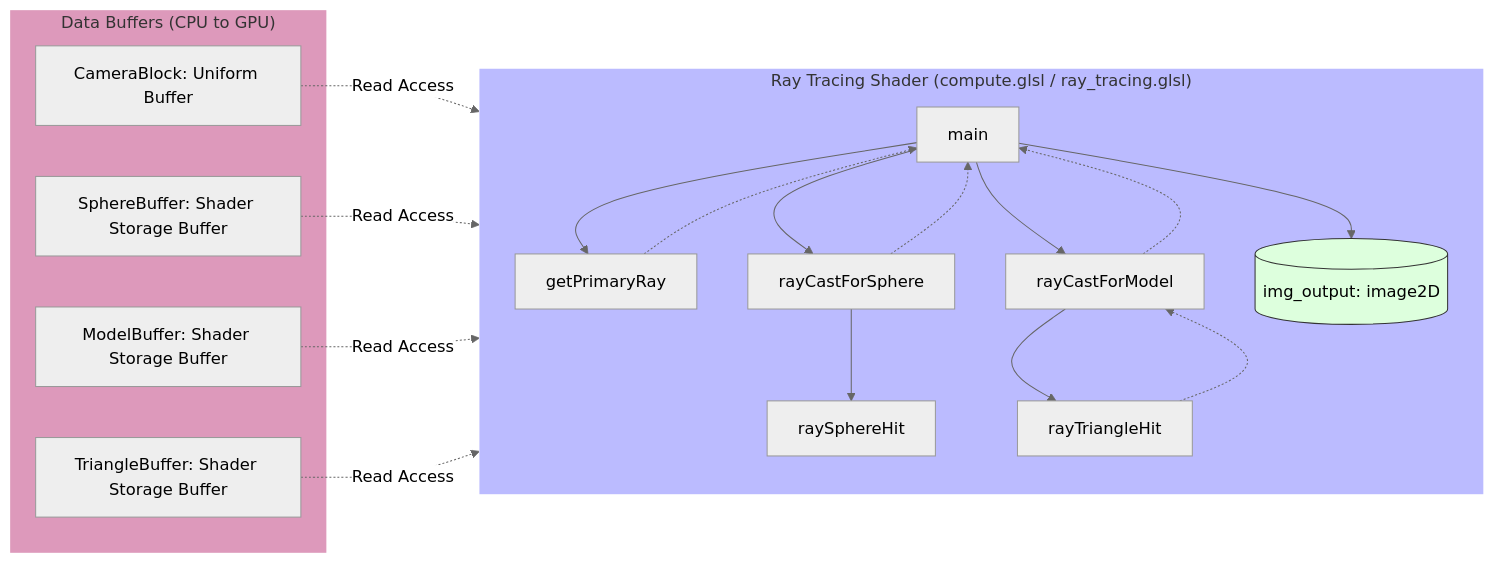
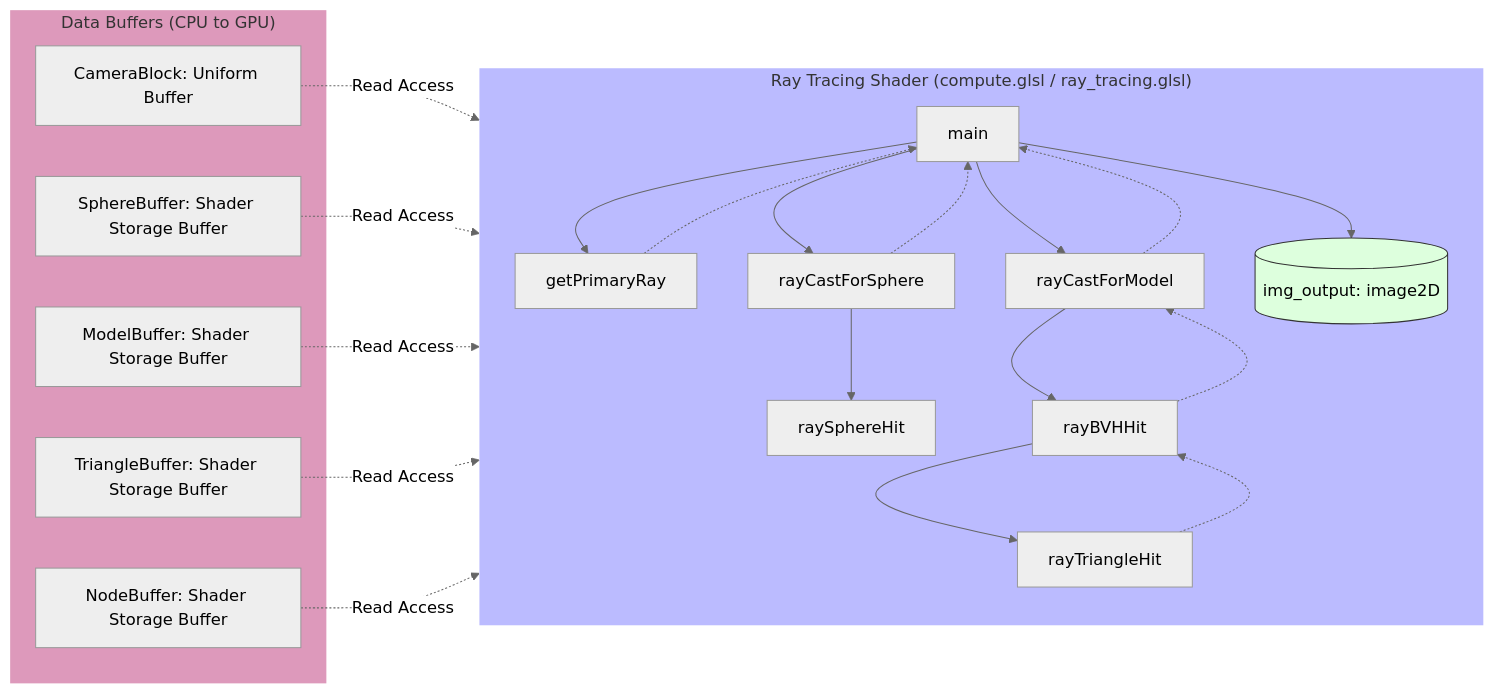
Before and after one commit to LEE-CHI-HSUAN/GL-Ray-Tracer: the fourth of 4 diagrams in doc/guide.md, drawn with Mermaid (neutral theme). The commit also changed other lines of this file and 1 other file, not shown here.

````diff
--- a/doc/guide.md
+++ b/doc/guide.md
@@ -225,46 +238,50 @@
 ```mermaid
 ---
 config:
   flowchart:
     curve: basis
 ---
 graph LR
     subgraph Buffers ["Data Buffers (CPU to GPU)"]
         CB[CameraBlock: Uniform Buffer]
         SB[SphereBuffer: Shader Storage Buffer]
         MB[ModelBuffer: Shader Storage Buffer]
         TB[TriangleBuffer: Shader Storage Buffer]
+        NB[NodeBuffer: Shader Storage Buffer]
     end
 
     subgraph Shader ["Ray Tracing Shader (compute.glsl / ray_tracing.glsl)"]
         direction TB
         Main[main]
         GPR[getPrimaryRay]
         RCFS[rayCastForSphere]
         RSH[raySphereHit]
         Output[(img_output: image2D)]
         RCFM[rayCastForModel]
         RTH[rayTriangleHit]
+        RBH[rayBVHHit]
         
-
         Main --> GPR
         Main --> RCFS
         RCFS --> RSH
         Main --> RCFM
-        RCFM --> RTH
+        RCFM --> RBH
+        RBH --> RTH
         Main --> Output
     end
 
     CB -.-> |Read Access| GPR
     SB -.-> |Read Access| RCFS
     MB -.-> |Read Access| RCFM
     TB -.-> |Read Access| RTH
+    NB -.-> |Read Access| RBH
     GPR -.-> Main
     RCFS -.-> Main
     RCFM -.-> Main
-    RTH -.-> RCFM
+    RBH -.-> RCFM
+    RTH -.-> RBH
     
     style Buffers fill:#d9b,stroke:#333,stroke-width:0px
     style Shader fill:#bbf,stroke:#333,stroke-width:0px
     style Output fill:#dfd,stroke:#333,stroke-width:1px
 ```
````
